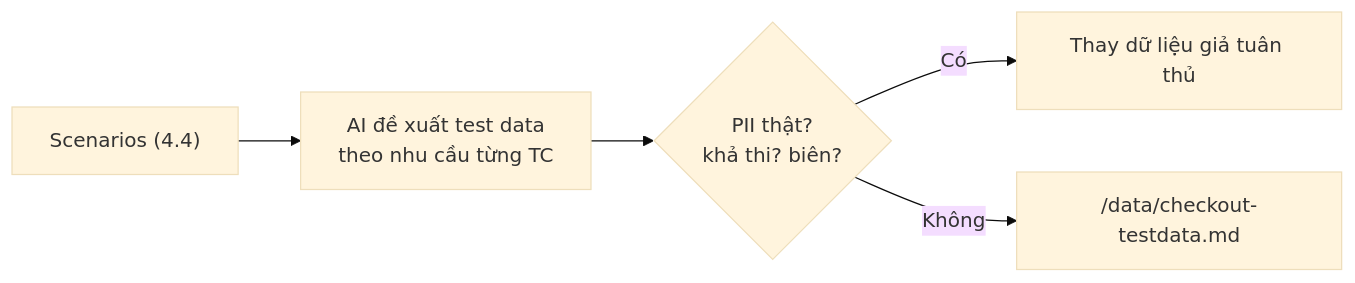
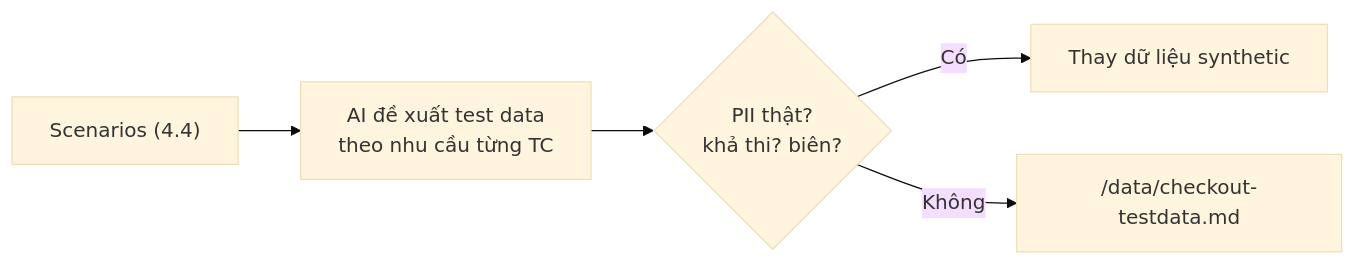
One commit to heino-labs/gen-ai-labs changed the fourth of 6 diagrams in docs/curriculum/MODULE-04-ai-for-ba-tester.md. Above: the diagram before and after it, drawn with Mermaid (base theme). The commit also changed other lines of this file and 10 other files, not shown here.

Commit message:
Refactor MODULE-09-capstone.md and README.md for clarity and structure; enhance narrative flow and emphasize evidence-based learning in AI testing curriculum.

````diff
--- a/docs/curriculum/MODULE-04-ai-for-ba-tester.md
+++ b/docs/curriculum/MODULE-04-ai-for-ba-tester.md
@@ -382,7 +170,7 @@
 ```mermaid
 flowchart LR
     SC["Scenarios (4.4)"] --> DATA["AI đề xuất test data<br/>theo nhu cầu từng TC"]
-    DATA --> FILTER{"PII thật?<br/>khả thi? biên?"}
-    FILTER -- Có --> FIX["Thay dữ liệu giả tuân thủ"]
-    FILTER -- Không --> OK["/data/checkout-testdata.md"]
+    DATA --> F{"PII thật?<br/>khả thi? biên?"}
+    F -- Có --> FX["Thay dữ liệu synthetic"]
+    F -- Không --> OK["/data/checkout-testdata.md"]
 ```
````
